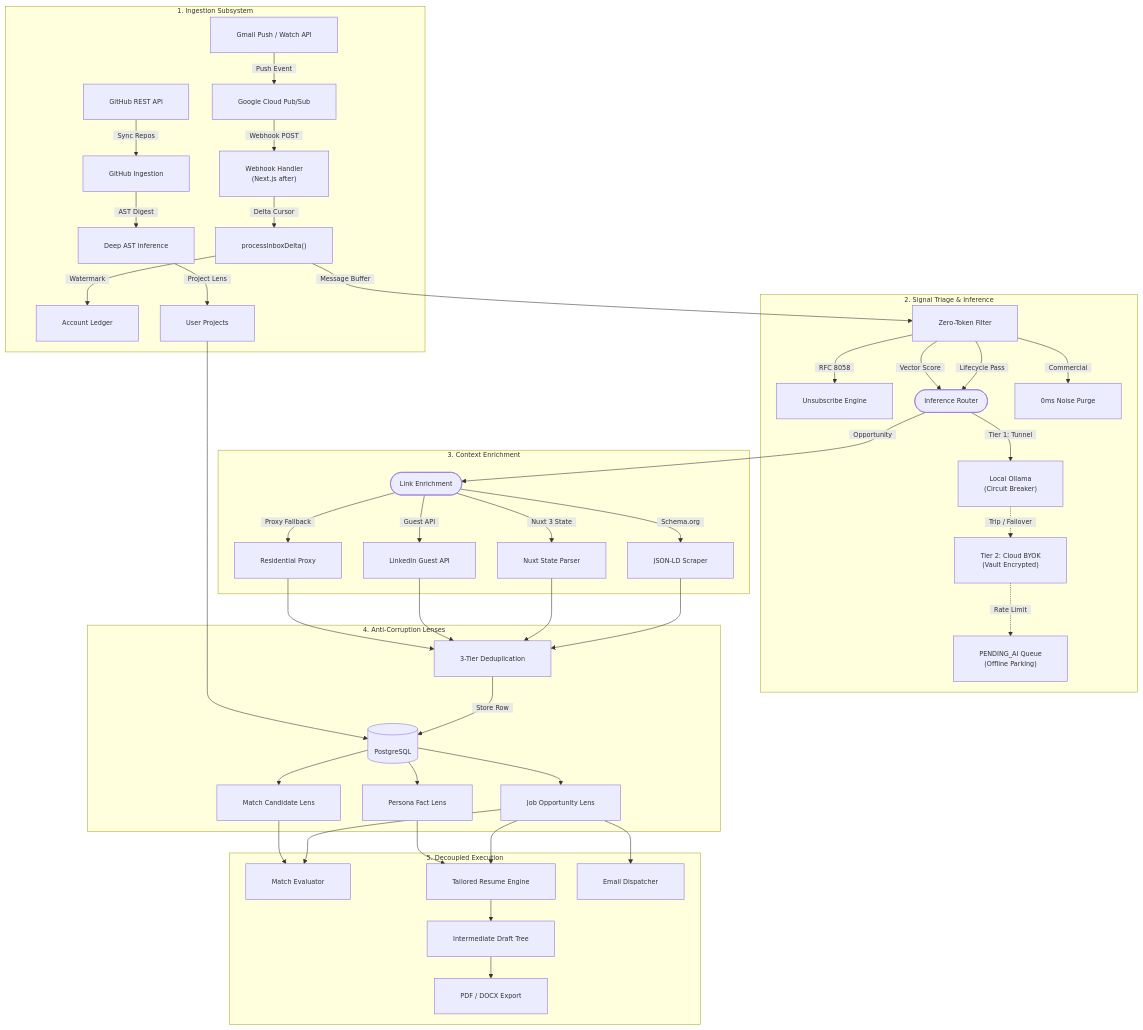
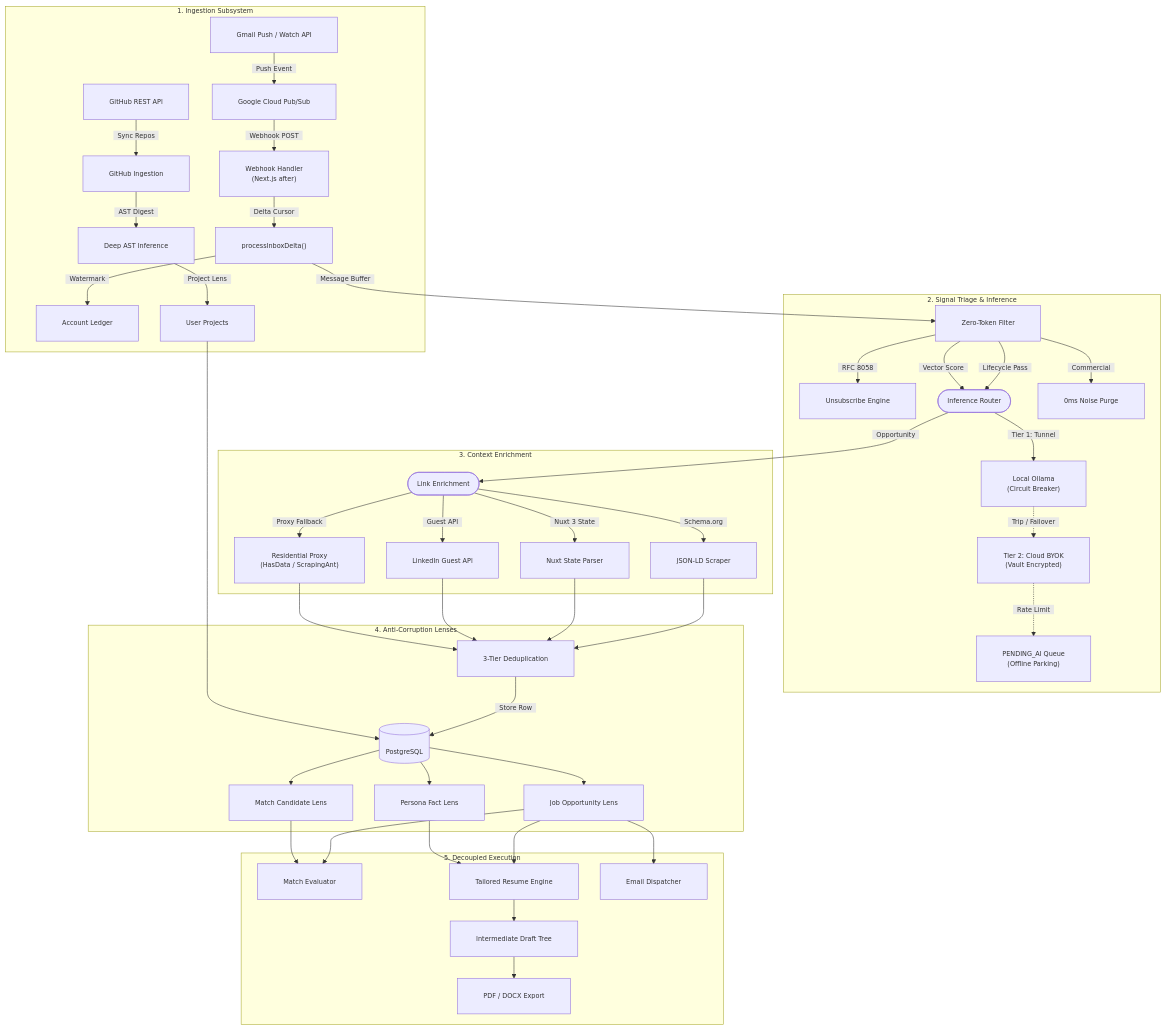
One commit to Marqlo-C/mailpilot changed the first of 12 diagrams in README.md. Above: the diagram before and after it, drawn with Mermaid. The commit also changed other lines of this file and 134 other files, not shown here.

Commit message:
Modularize lib domain directories, update imports, and refresh architecture docs

````diff
--- a/README.md
+++ b/README.md
@@ -63,51 +101,51 @@
 ```mermaid
 %%{init: {"themeVariables": {"fontSize": "12px", "fontFamily": "-apple-system, BlinkMacSystemFont, Segoe UI, sans-serif"}, "themeCSS": ".edgeLabel foreignObject { overflow: visible !important; } .edgeLabel span { padding: 0 4px; }", "flowchart": {"padding": 24, "nodeSpacing": 40, "rankSpacing": 40}}}%%
 flowchart TD
   subgraph Ingest["1. Ingestion Subsystem"]
     GW["Gmail Push / Watch API"] -->|"&nbsp;&nbsp;Push Event&nbsp;&nbsp;"| PS["Google Cloud Pub/Sub"]
     PS -->|"&nbsp;&nbsp;Webhook POST&nbsp;&nbsp;"| WH["Webhook Handler<br/>(Next.js after)"]
     WH -->|"&nbsp;&nbsp;Delta Cursor&nbsp;&nbsp;"| DT["processInboxDelta()"]
     DT -->|"&nbsp;&nbsp;Watermark&nbsp;&nbsp;"| ACC["Account Ledger"]
 
     GH["GitHub REST API"] -->|"&nbsp;&nbsp;Sync Repos&nbsp;&nbsp;"| GHI["GitHub Ingestion"]
     GHI -->|"&nbsp;&nbsp;AST Digest&nbsp;&nbsp;"| GHP["Deep AST Inference"]
     GHP -->|"&nbsp;&nbsp;Project Lens&nbsp;&nbsp;"| UPJ["User Projects"]
   end
 
   subgraph Triage["2. Signal Triage & Inference"]
     DT -->|"&nbsp;&nbsp;Message Buffer&nbsp;&nbsp;"| PF["Zero-Token Filter"]
     PF -->|"&nbsp;&nbsp;RFC 8058&nbsp;&nbsp;"| UNSUB["Unsubscribe Engine"]
     PF -->|"&nbsp;&nbsp;Lifecycle Pass&nbsp;&nbsp;"| ROUTER(["Inference Router"])
     PF -->|"&nbsp;&nbsp;Vector Score&nbsp;&nbsp;"| ROUTER
     PF -->|"&nbsp;&nbsp;Commercial&nbsp;&nbsp;"| DROP["0ms Noise Purge"]
 
     ROUTER -->|"&nbsp;&nbsp;Tier 1: Tunnel&nbsp;&nbsp;"| OLL["Local Ollama<br/>(Circuit Breaker)"]
     OLL -.->|"&nbsp;&nbsp;Trip / Failover&nbsp;&nbsp;"| BYOK["Tier 2: Cloud BYOK<br/>(Vault Encrypted)"]
     BYOK -.->|"&nbsp;&nbsp;Rate Limit&nbsp;&nbsp;"| PARK["PENDING_AI Queue<br/>(Offline Parking)"]
   end
 
   subgraph Context["3. Context Enrichment"]
     ROUTER -->|"&nbsp;&nbsp;Opportunity&nbsp;&nbsp;"| ENRICH(["Link Enrichment"])
     ENRICH -->|"&nbsp;&nbsp;Schema.org&nbsp;&nbsp;"| JLD["JSON-LD Scraper"]
     ENRICH -->|"&nbsp;&nbsp;Nuxt 3 State&nbsp;&nbsp;"| NUXT["Nuxt State Parser"]
     ENRICH -->|"&nbsp;&nbsp;Guest API&nbsp;&nbsp;"| LI["LinkedIn Guest API"]
-    ENRICH -->|"&nbsp;&nbsp;Proxy Fallback&nbsp;&nbsp;"| PROXY["Residential Proxy"]
+    ENRICH -->|"&nbsp;&nbsp;Proxy Fallback&nbsp;&nbsp;"| PROXY["Residential Proxy<br/>(HasData / ScrapingAnt)"]
   end
 
   subgraph Lens["4. Anti-Corruption Lenses"]
     JLD & NUXT & LI & PROXY --> DED["3-Tier Deduplication"]
     DED -->|"&nbsp;&nbsp;Store Row&nbsp;&nbsp;"| DB[("PostgreSQL")]
     UPJ --> DB
     DB --> RJO["Job Opportunity Lens"]
     DB --> MCL["Match Candidate Lens"]
     DB --> PFL["Persona Fact Lens"]
   end
 
   subgraph Consumer["5. Decoupled Execution"]
     RJO & MCL --> MATCH["Match Evaluator"]
     RJO & PFL --> TAILOR["Tailored Resume Engine"]
     RJO --> DISP["Email Dispatcher"]
     TAILOR --> DRAFT["Intermediate Draft Tree"]
     DRAFT --> EXPORT["PDF / DOCX Export"]
   end
 ```
````
